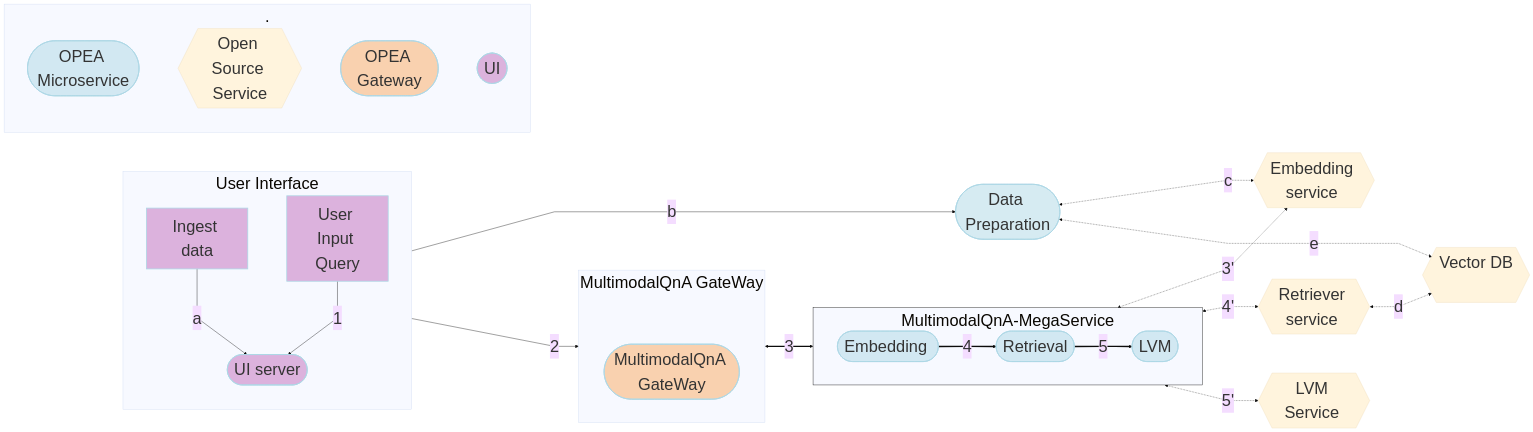
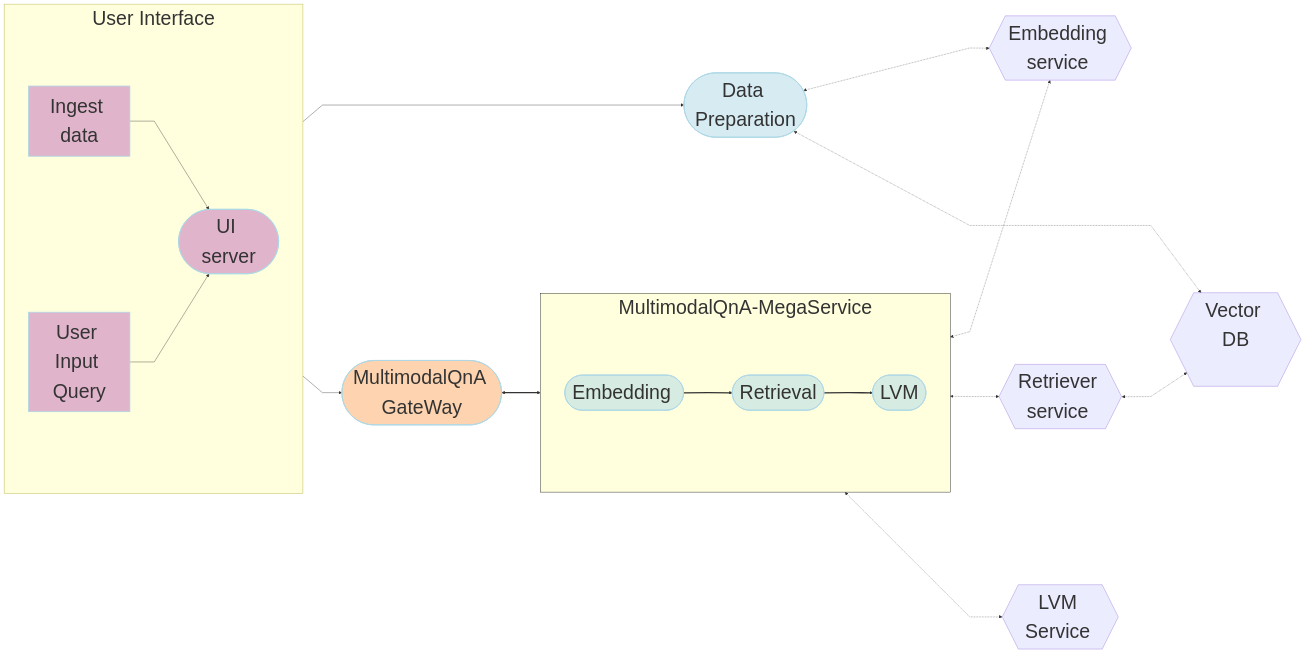
The diagram in MultimodalQnA/README.md (opea-project/GenAIExamples), drawn with Mermaid before and after one commit.

Commit message:
Update MultiModal README.md for workflow

````diff
--- a/MultimodalQnA/README.md
+++ b/MultimodalQnA/README.md
@@ -13,80 +13,67 @@
 ```mermaid
 ---
 config:
   flowchart:
-    nodeSpacing: 100
+    nodeSpacing: 400
     rankSpacing: 100
     curve: linear
-  theme: base
   themeVariables:
-    fontSize: 42px
+    fontSize: 50px
 ---
 flowchart LR
     %% Colors %%
     classDef blue fill:#ADD8E6,stroke:#ADD8E6,stroke-width:2px,fill-opacity:0.5
     classDef orange fill:#FBAA60,stroke:#ADD8E6,stroke-width:2px,fill-opacity:0.5
     classDef orchid fill:#C26DBC,stroke:#ADD8E6,stroke-width:2px,fill-opacity:0.5
     classDef invisible fill:transparent,stroke:transparent;
     style MultimodalQnA-MegaService stroke:#000000
     %% Subgraphs %%
     subgraph MultimodalQnA-MegaService["MultimodalQnA-MegaService"]
         direction LR
         EM([Embedding <br>]):::blue
         RET([Retrieval <br>]):::blue
         LVM([LVM <br>]):::blue
     end
-    subgraph User Interface
-        direction TB
+    subgraph UserInterface[" User Interface "]
+        direction LR
         a([User Input Query]):::orchid
         Ingest([Ingest data]):::orchid
         UI([UI server<br>]):::orchid
-    end
-    subgraph MultimodalQnA GateWay
-        direction LR
-        invisible1[ ]:::invisible
-        GW([MultimodalQnA GateWay<br>]):::orange
-    end
-    subgraph .
-        X([OPEA Microservice]):::blue
-        Y{{Open Source Service}}
-        Z([OPEA Gateway]):::orange
-        Z1([UI]):::orchid
     end
 
     TEI_EM{{Embedding service <br>}}
     VDB{{Vector DB<br><br>}}
     R_RET{{Retriever service <br>}}
     DP([Data Preparation<br>]):::blue
     LVM_gen{{LVM Service <br>}}
+    GW([MultimodalQnA GateWay<br>]):::orange
 
     %% Data Preparation flow
     %% Ingest data flow
     direction LR
-    Ingest[Ingest data] -->|a| UI
-    UI -->|b| DP
-    DP <-.->|c| TEI_EM
+    Ingest[Ingest data] --> UI
+    UI -->DP
+    DP <-.-> TEI_EM
 
     %% Questions interaction
     direction LR
-    a[User Input Query] -->|1| UI
-    UI -->|2| GW
-    GW <==>|3| MultimodalQnA-MegaService
-    EM ==>|4| RET
-    RET ==>|5| LVM
-
+    a[User Input Query] --> UI
+    UI --> GW
+    GW <==> MultimodalQnA-MegaService
+    EM ==> RET
+    RET ==> LVM
 
     %% Embedding service flow
-    direction TB
-    EM <-.->|3'| TEI_EM
-    RET <-.->|4'| R_RET
-    LVM <-.->|5'| LVM_gen
+    direction LR
+    EM <-.-> TEI_EM
+    RET <-.-> R_RET
+    LVM <-.-> LVM_gen
 
     direction TB
     %% Vector DB interaction
-    R_RET <-.->|d|VDB
-    DP <-.->|e|VDB
-
+    R_RET <-.->VDB
+    DP <-.->VDB
 
 
 
 ```
````
